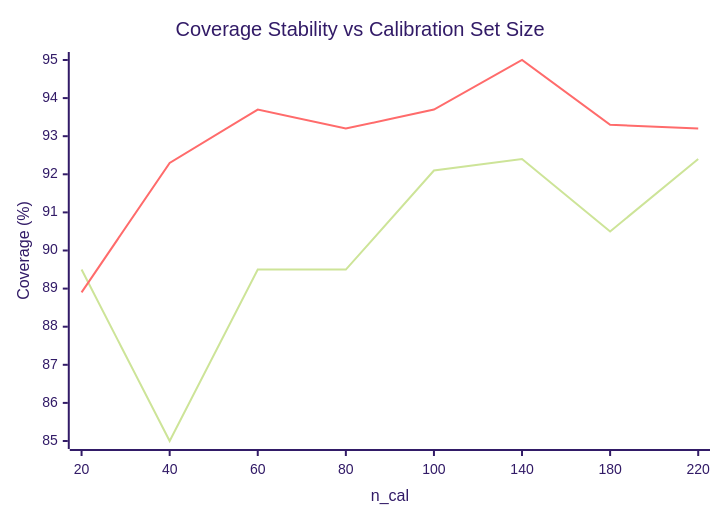
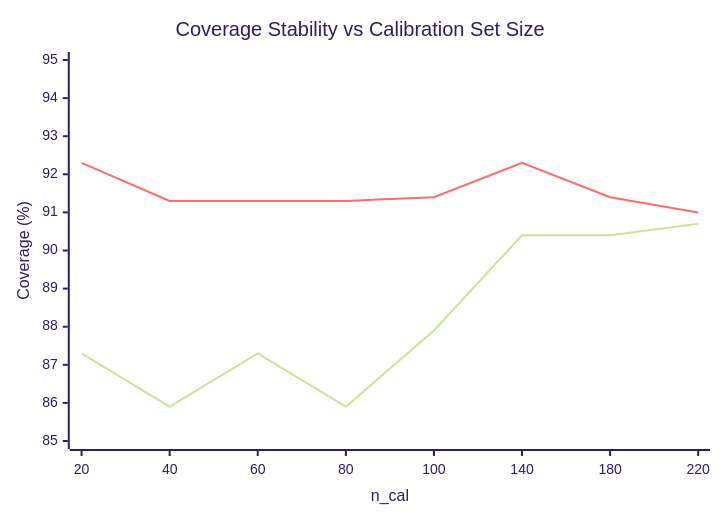
One commit to fsvov/CRANE changed the second of 2 diagrams in README.md. Above: the diagram before and after it, drawn with Mermaid (forest theme). The commit also changed other lines of this file and 1 other file, not shown here.

````diff
--- a/README.md
+++ b/README.md
@@ -138,8 +138,8 @@
 ```mermaid
 xychart-beta
     title "Coverage Stability vs Calibration Set Size"
     x-axis "n_cal" [20, 40, 60, 80, 100, 140, 180, 220]
     y-axis "Coverage (%)" 85 --> 95
-    line [89.5, 85.0, 89.5, 89.5, 92.1, 92.4, 90.5, 92.4]
-    line [88.9, 92.3, 93.7, 93.2, 93.7, 95.0, 93.3, 93.2]
+    line [87.3, 85.9, 87.3, 85.9, 87.9, 90.4, 90.4, 90.7]
+    line [92.3, 91.3, 91.3, 91.3, 91.4, 92.3, 91.4, 91.0]
 ```
````
